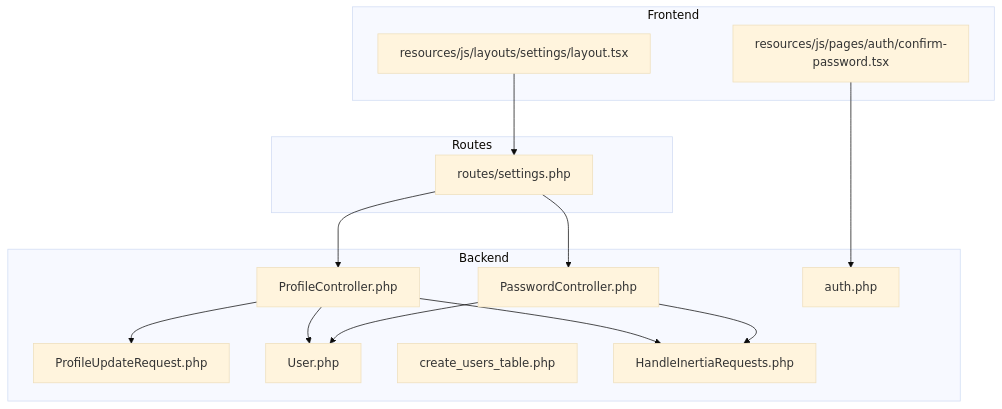
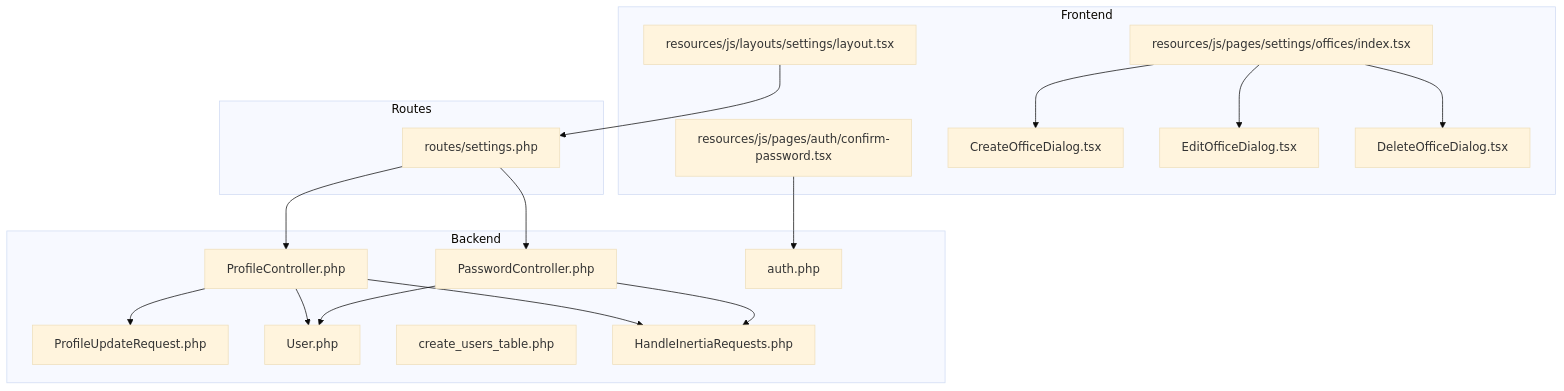
One commit to vincet0t15/template changed the first of 8 diagrams in .qoder/repowiki/en/content/Settings Management/Settings Management.md. Above: the diagram before and after it, drawn with Mermaid (base theme). The commit also changed other lines of this file and 11 other files, not shown here.

````diff
--- a/.qoder/repowiki/en/content/Settings Management/Settings Management.md
+++ b/.qoder/repowiki/en/content/Settings Management/Settings Management.md
@@ -34,28 +42,35 @@
 ```mermaid
 graph TB
 subgraph "Backend"
 PC["ProfileController.php"]
 PWDC["PasswordController.php"]
 PUR["ProfileUpdateRequest.php"]
 AUTHCFG["auth.php"]
 USERMODEL["User.php"]
 MIG["create_users_table.php"]
 MW["HandleInertiaRequests.php"]
 end
 subgraph "Routes"
 ROUTES["routes/settings.php"]
 end
 subgraph "Frontend"
 LAYOUT["resources/js/layouts/settings/layout.tsx"]
 CONFIRM["resources/js/pages/auth/confirm-password.tsx"]
+OFFICES["resources/js/pages/settings/offices/index.tsx"]
+CREATE_DIALOG["CreateOfficeDialog.tsx"]
+EDIT_DIALOG["EditOfficeDialog.tsx"]
+DELETE_DIALOG["DeleteOfficeDialog.tsx"]
 end
 ROUTES --> PC
 ROUTES --> PWDC
 PC --> PUR
 PC --> USERMODEL
 PWDC --> USERMODEL
 PC --> MW
 PWDC --> MW
 LAYOUT --> ROUTES
 CONFIRM --> AUTHCFG
+OFFICES --> CREATE_DIALOG
+OFFICES --> EDIT_DIALOG
+OFFICES --> DELETE_DIALOG
 ```
````
